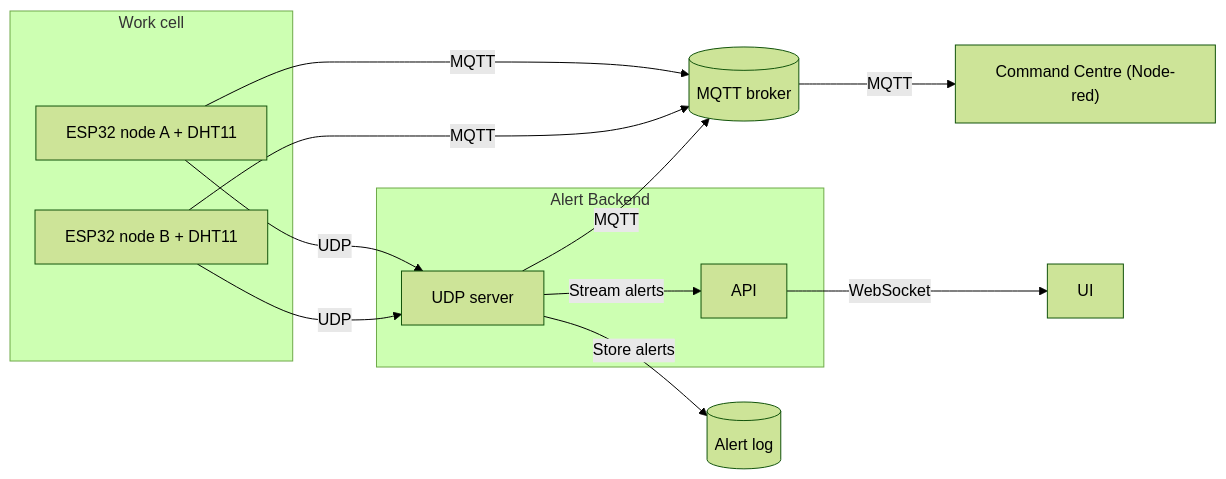
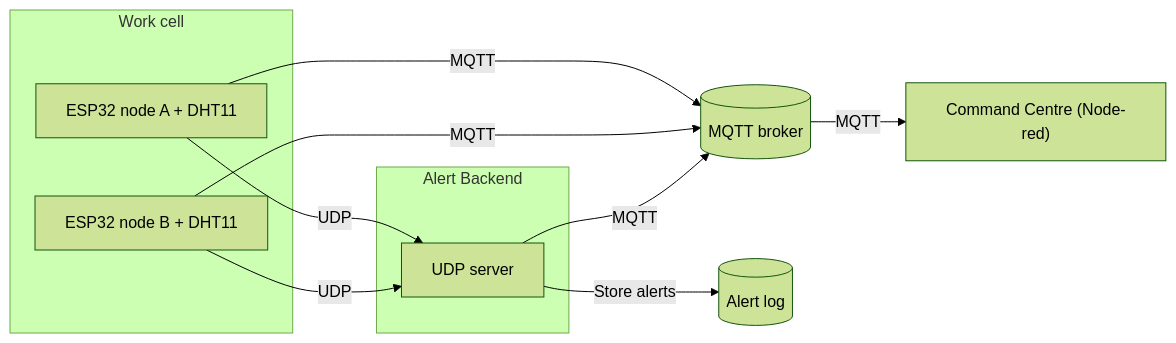
The diagram in docs/03 - design.md (Sagiri197/project-comcs2627msc1a), drawn with Mermaid (forest theme) before and after one commit. The commit also changed 18 other files, not shown here.

````diff
--- a/docs/03 - design.md
+++ b/docs/03 - design.md
@@ -5,29 +5,25 @@
 ```mermaid
 flowchart LR
     subgraph Cell["Work cell"]
         A["ESP32 node A + DHT11"]
         B["ESP32 node B + DHT11"]
     end
 
     BROKER[("MQTT broker")]
     LOG[("Alert log")]
 
     subgraph Backend["Alert Backend"]
         UDP["UDP server"]
-        WS["API"]
     end
 
     NR["Command Centre (Node-red)"]
-    UI["UI"]
 
     A -- "MQTT" --> BROKER
     B -- "MQTT" --> BROKER
     A -- "UDP" --> UDP
     B -- "UDP" --> UDP
 
     UDP -- "Store alerts" --> LOG
-    UDP -- "Stream alerts" --> WS
     UDP -- "MQTT" --> BROKER
     BROKER -- "MQTT" --> NR
-    WS -- "WebSocket" --> UI
 ```
````
